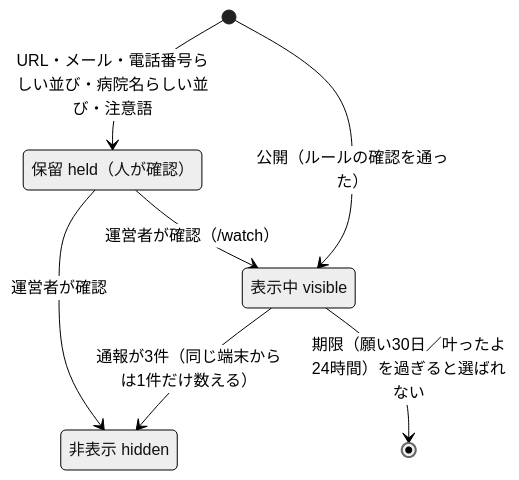
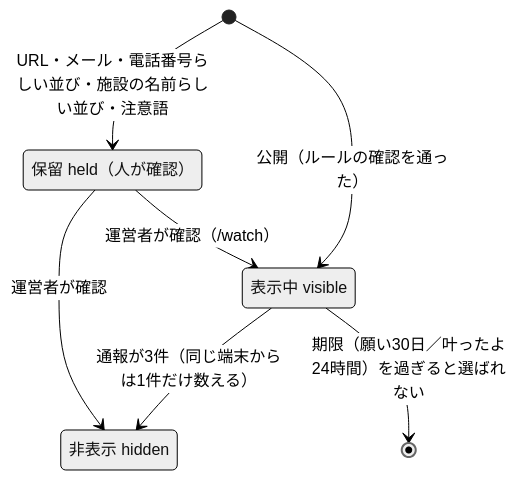
One commit to mai-san447/hello-earth-25143 changed the third of 4 diagrams in docs/状態設計.md. Above: the diagram before and after it, drawn with Mermaid (neutral theme). The commit also changed other lines of this file and 12 other files, not shown here.

````diff
--- a/docs/状態設計.md
+++ b/docs/状態設計.md
@@ -144,12 +144,12 @@
 ```mermaid
 stateDiagram-v2
     state "表示中 visible" as visible
     state "保留 held（人が確認）" as held
     state "非表示 hidden" as hidden
     [*] --> visible : 公開（ルールの確認を通った）
-    [*] --> held : URL・メール・電話番号らしい並び・病院名らしい並び・注意語
+    [*] --> held : URL・メール・電話番号らしい並び・施設の名前らしい並び・注意語
     visible --> hidden : 通報が3件（同じ端末からは1件だけ数える）
     visible --> [*] : 期限（願い30日／叶ったよ24時間）を過ぎると選ばれない
     held --> visible : 運営者が確認（/watch）
     held --> hidden : 運営者が確認
 ```
````
